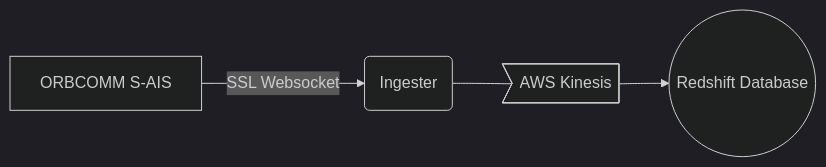
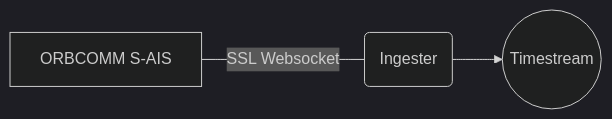
Before and after one commit to Spot-Ship/pyais: the diagram in README.md, drawn with Mermaid (dark theme). The commit also changed 1 other file, not shown here.

Commit message:
fork to test push directly into timestream

````diff
--- a/README.md
+++ b/README.md
@@ -3,11 +3,9 @@
 ```mermaid
 graph LR
 O[ORBCOMM S-AIS]
 I(Ingester)
-K>AWS Kinesis]
-R((Redshift Database))
+T((Timestream))
 
-O --> |SSL Websocket| I
-I --- K
-K --> R
+O --- |SSL Websocket| I
+I --> T
 ```
````
